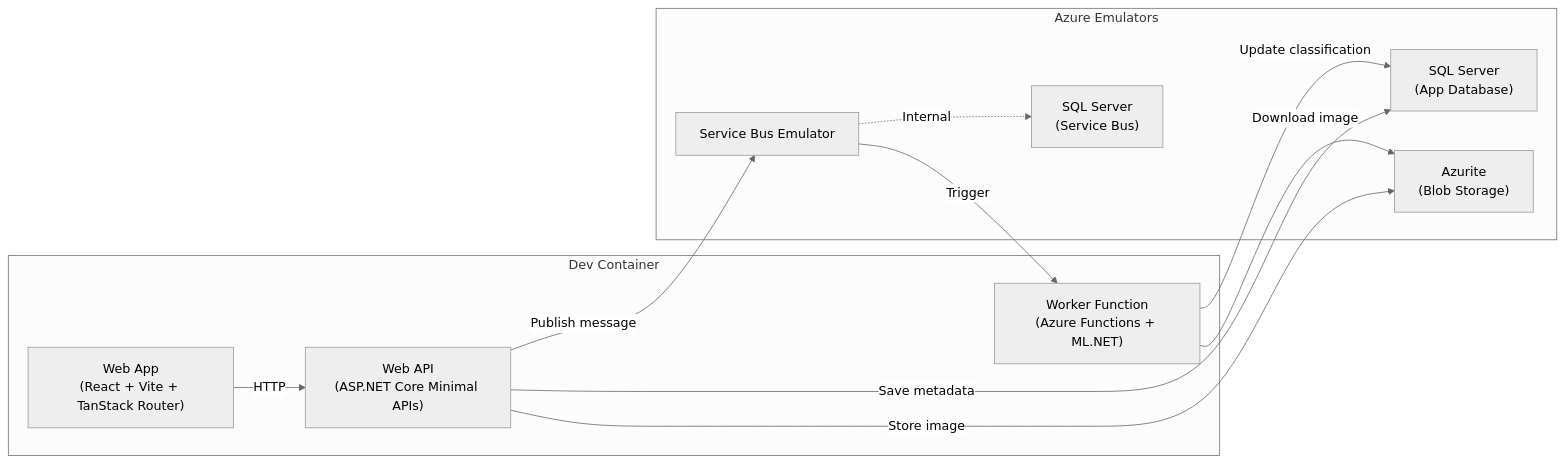
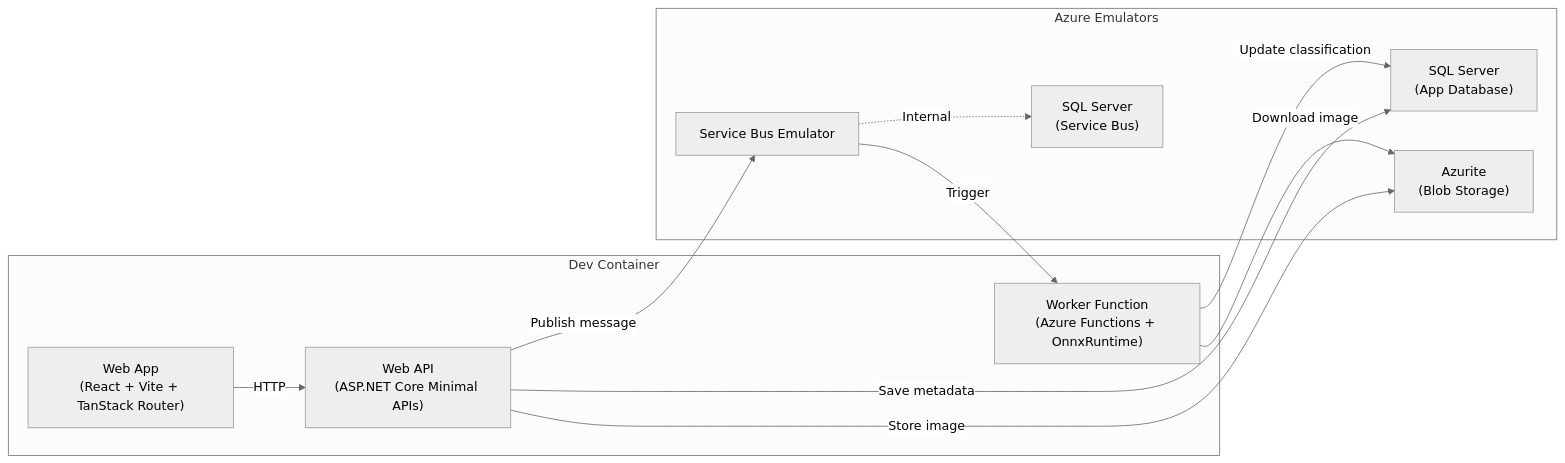
The diagram in README.md (SpencerAWill/dx-with-dev-containers), drawn with Mermaid (neutral theme) before and after one commit. The commit also changed other lines of this file, not shown here.

````diff
--- a/README.md
+++ b/README.md
@@ -11,24 +11,24 @@
 ```mermaid
 graph LR
     subgraph Dev Container
         WebApp["Web App<br/>(React + Vite + TanStack Router)"]
         API["Web API<br/>(ASP.NET Core Minimal APIs)"]
-        Worker["Worker Function<br/>(Azure Functions + ML.NET)"]
+        Worker["Worker Function<br/>(Azure Functions + OnnxRuntime)"]
     end
 
     subgraph Azure Emulators
         Azurite["Azurite<br/>(Blob Storage)"]
         ServiceBus["Service Bus Emulator"]
         AppSQL["SQL Server<br/>(App Database)"]
         SBSQL["SQL Server<br/>(Service Bus)"]
     end
 
     WebApp -->|HTTP| API
     API -->|Store image| Azurite
     API -->|Save metadata| AppSQL
     API -->|Publish message| ServiceBus
     ServiceBus -->|Trigger| Worker
     Worker -->|Download image| Azurite
     Worker -->|Update classification| AppSQL
     ServiceBus -.->|Internal| SBSQL
 ```
````
